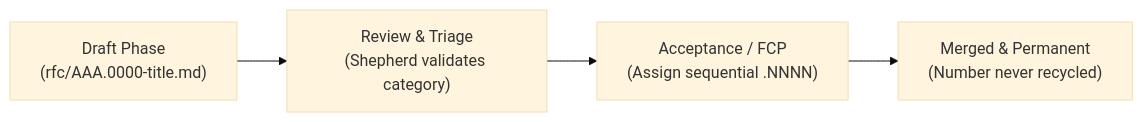
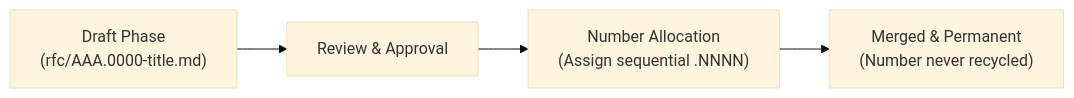
One commit to flutter/rfc changed the diagram in rfc/000.0001-flutter-architecture-and-reference-taxonomy.md. Above: the diagram before and after it, drawn with Mermaid (base theme). The commit also changed other lines of this file, not shown here.

Commit message:
docs(rfc): delegate review process from RFC 000.0001 to RFC 000.0002

````diff
--- a/rfc/000.0001-flutter-architecture-and-reference-taxonomy.md
+++ b/rfc/000.0001-flutter-architecture-and-reference-taxonomy.md
@@ -169,6 +169,6 @@
 ```mermaid
 flowchart LR
-    A["Draft Phase\n(rfc/AAA.0000-title.md)"] --> B["Review & Triage\n(Shepherd validates category)"]
-    B --> C["Acceptance / FCP\n(Assign sequential .NNNN)"]
+    A["Draft Phase\n(rfc/AAA.0000-title.md)"] --> B["Review & Approval"]
+    B --> C["Number Allocation\n(Assign sequential .NNNN)"]
     C --> D["Merged & Permanent\n(Number never recycled)"]
 ```
````
